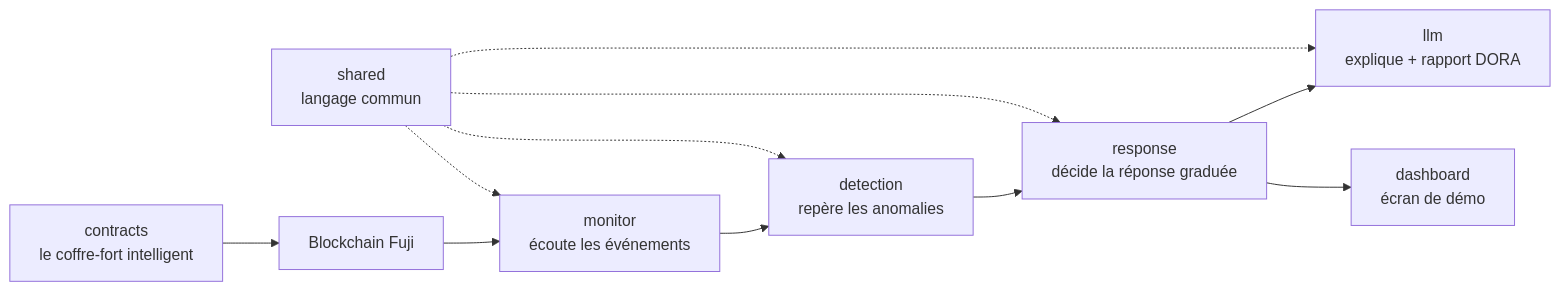
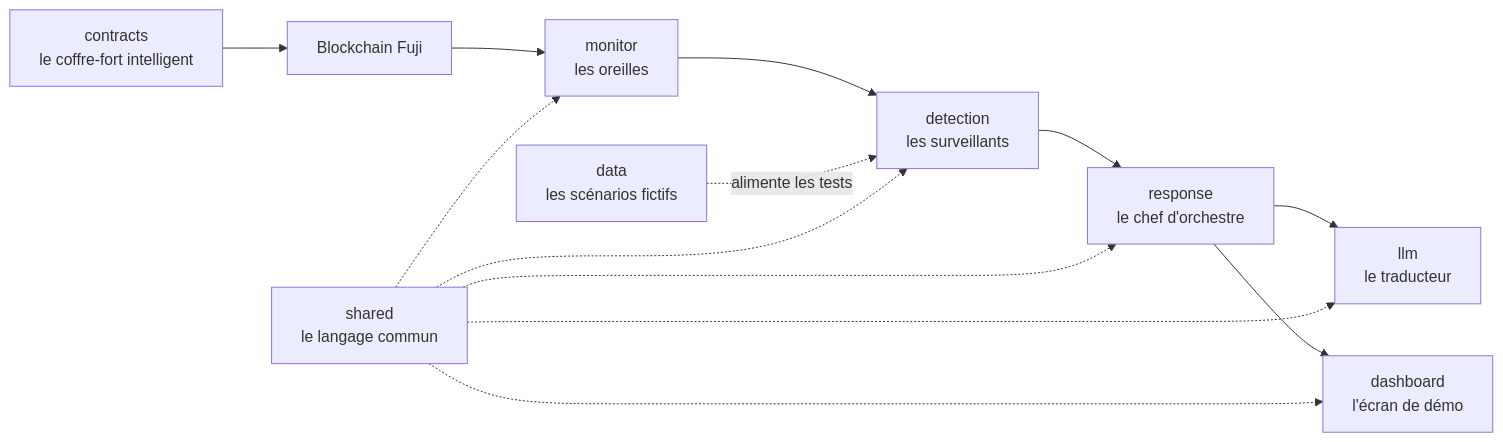
Before and after one commit to marceaupatu123/secure-horizons: the first of 2 diagrams in docs-site/qui-fait-quoi.mdx, drawn with Mermaid. The commit also changed other lines of this file and 29 other files, not shown here.

````diff
--- a/docs-site/qui-fait-quoi.mdx
+++ b/docs-site/qui-fait-quoi.mdx
@@ -9,13 +30,15 @@
 ```mermaid
 flowchart LR
-    CH[Blockchain Fuji] --> MON[monitor<br/>écoute les événements]
-    MON --> DET[detection<br/>repère les anomalies]
-    DET --> RES[response<br/>décide la réponse graduée]
-    RES --> LLM[llm<br/>explique + rapport DORA]
-    RES --> DASH[dashboard<br/>écran de démo]
-    CON[contracts<br/>le coffre-fort intelligent] --> CH
-    SH[shared<br/>langage commun] -.-> MON
+    CH["Blockchain Fuji"] --> MON["monitor<br/>les oreilles"]
+    MON --> DET["detection<br/>les surveillants"]
+    DET --> RES["response<br/>le chef d'orchestre"]
+    RES --> LLM["llm<br/>le traducteur"]
+    RES --> DASH["dashboard<br/>l'écran de démo"]
+    CON["contracts<br/>le coffre-fort intelligent"] --> CH
+    DATA["data<br/>les scénarios fictifs"] -.alimente les tests.-> DET
+    SH["shared<br/>le langage commun"] -.-> MON
     SH -.-> DET
     SH -.-> RES
     SH -.-> LLM
+    SH -.-> DASH
 ```
````
